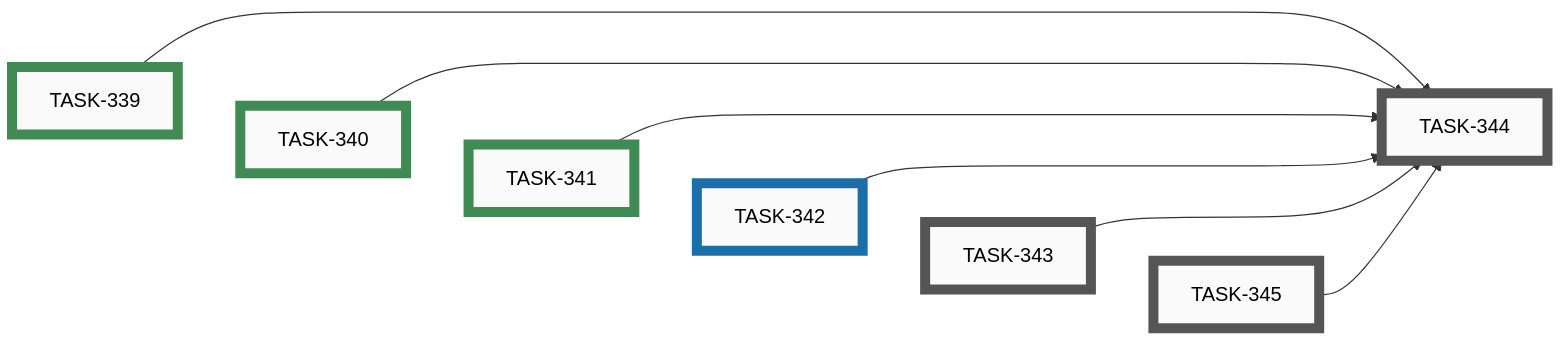
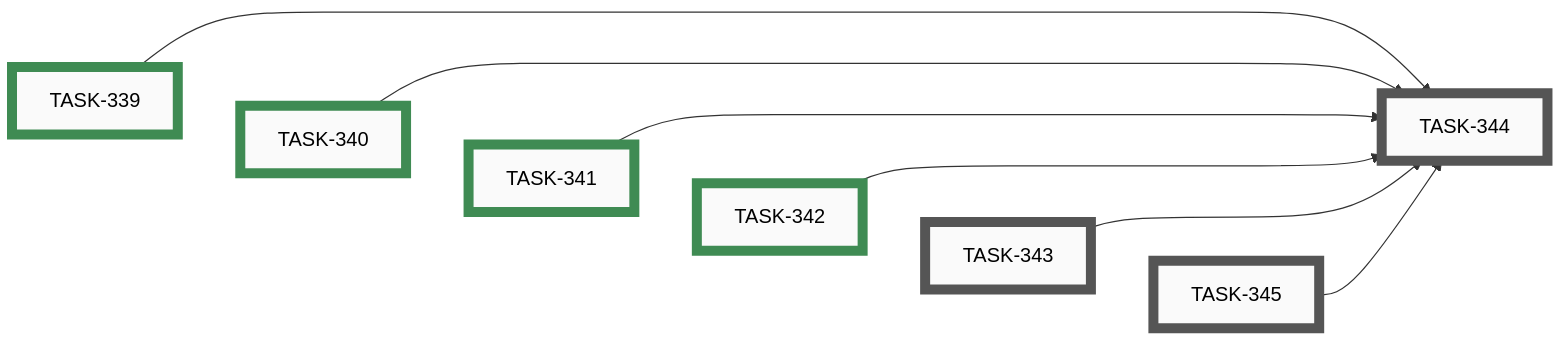
One commit to tgd1975/AwesomeStudioPedal changed the ninth of 10 diagrams in docs/developers/tasks/EPICS.md. Above: the diagram before and after it, drawn with Mermaid. The commit also changed other lines of this file and 3 other files, not shown here.

Commit message:
close TASK-342: Add ASP logo to mobile app AppBar

````diff
--- a/docs/developers/tasks/EPICS.md
+++ b/docs/developers/tasks/EPICS.md
@@ -369,32 +369,32 @@
 ```mermaid
 graph LR
     TASK_343["TASK-343"]:::open
     TASK_344["TASK-344"]:::open
     TASK_345["TASK-345"]:::open
-    TASK_342["TASK-342"]:::active
     TASK_339["TASK-339"]:::closed
     TASK_340["TASK-340"]:::closed
     TASK_341["TASK-341"]:::closed
+    TASK_342["TASK-342"]:::closed
     TASK_339 --> TASK_344
     TASK_340 --> TASK_344
     TASK_341 --> TASK_344
     TASK_342 --> TASK_344
     TASK_343 --> TASK_344
     TASK_345 --> TASK_344
     TASK_339 ~~~ TASK_340 ~~~ TASK_341 ~~~ TASK_342 ~~~ TASK_343 ~~~ TASK_345
     click TASK_343 "open/task-343-add-github-social-preview-image.md"
     click TASK_344 "open/task-344-archive-idea-049-after-logo-tasks-shipped.md"
     click TASK_345 "open/task-345-swap-android-launcher-icon-to-asp-mark.md"
-    click TASK_342 "active/task-342-add-asp-logo-to-mobile-app-appbar.md"
     click TASK_339 "closed/task-339-add-asp-logo-to-web-simulator-header.md"
     click TASK_340 "closed/task-340-add-asp-logo-to-profile-builder-header.md"
     click TASK_341 "closed/task-341-add-asp-logo-to-configuration-builder-header.md"
+    click TASK_342 "closed/task-342-add-asp-logo-to-mobile-app-appbar.md"
     classDef open    fill:#FAFAFA,stroke:#555,stroke-width:8px,color:#000
     classDef active  fill:#FAFAFA,stroke:#1A6FA8,stroke-width:8px,color:#000
     classDef closed  fill:#FAFAFA,stroke:#3F8B53,stroke-width:8px,color:#000
     classDef paused  fill:#FAFAFA,stroke:#B07810,stroke-width:8px,color:#000
     classDef openExt    fill:#000,stroke:#888,stroke-width:8px,color:#FFF
     classDef activeExt  fill:#000,stroke:#3FA9F5,stroke-width:8px,color:#FFF
     classDef closedExt  fill:#000,stroke:#7CC68A,stroke-width:8px,color:#FFF
     classDef pausedExt  fill:#000,stroke:#F0B030,stroke-width:8px,color:#FFF
 ```
````
